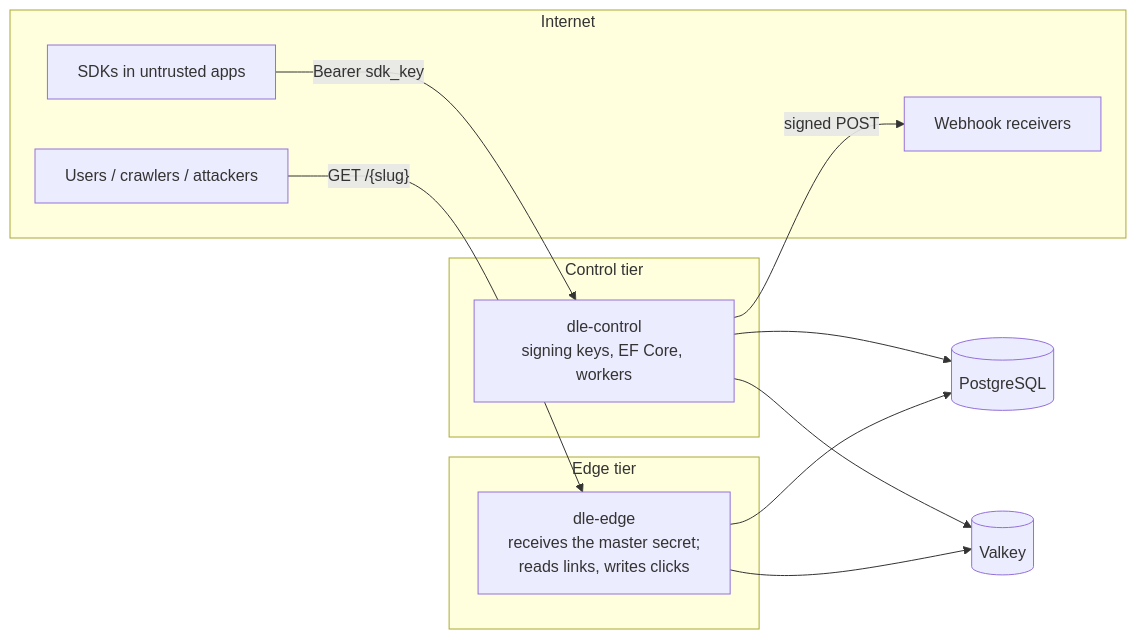
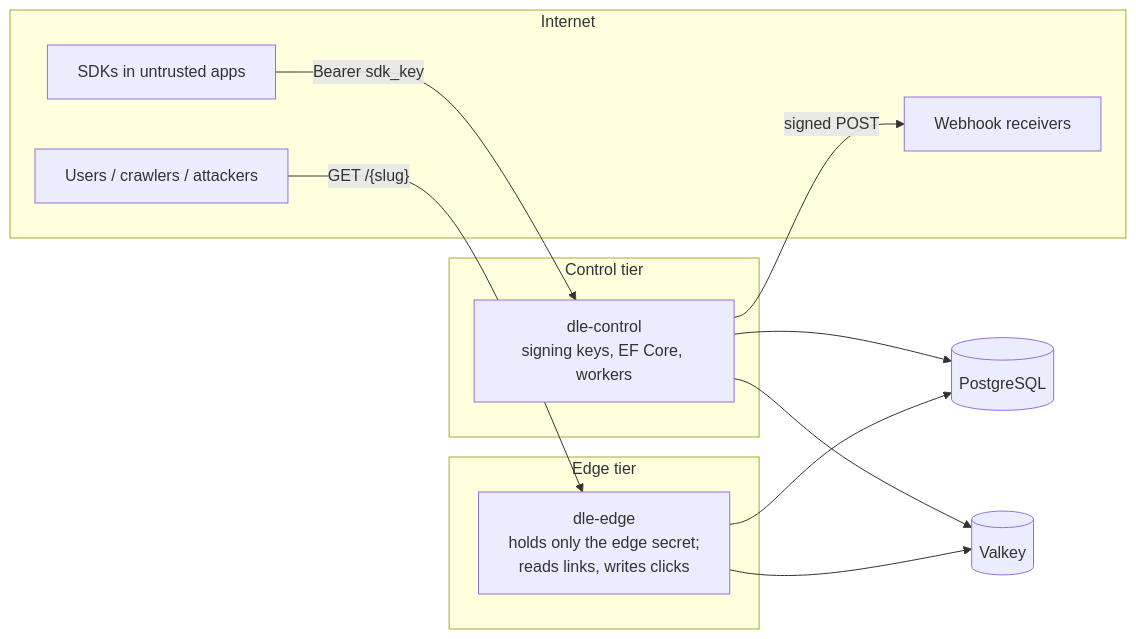
Before and after one commit to MAGORS-organisation/Deep-Links-Engine: the first of 2 diagrams in docs/compliance/security-overview.md, drawn with Mermaid. The commit also changed other lines of this file and 362 other files, not shown here.

````diff
--- a/docs/compliance/security-overview.md
+++ b/docs/compliance/security-overview.md
@@ -10,23 +10,23 @@
 ```mermaid
 flowchart LR
   subgraph Internet
     U[Users / crawlers / attackers]
     S[SDKs in untrusted apps]
     W[Webhook receivers]
   end
   subgraph Edge tier
-    E["dle-edge<br/>receives the master secret;<br/>reads links, writes clicks"]
+    E["dle-edge<br/>holds only the edge secret;<br/>reads links, writes clicks"]
   end
   subgraph Control tier
     C["dle-control<br/>signing keys, EF Core, workers"]
   end
   DB[(PostgreSQL)]
   V[(Valkey)]
   U -->|"GET /{slug}"| E
   S -->|"Bearer sdk_key"| C
   C -->|"signed POST"| W
   E --> DB
   E --> V
   C --> DB
   C --> V
 ```
````
